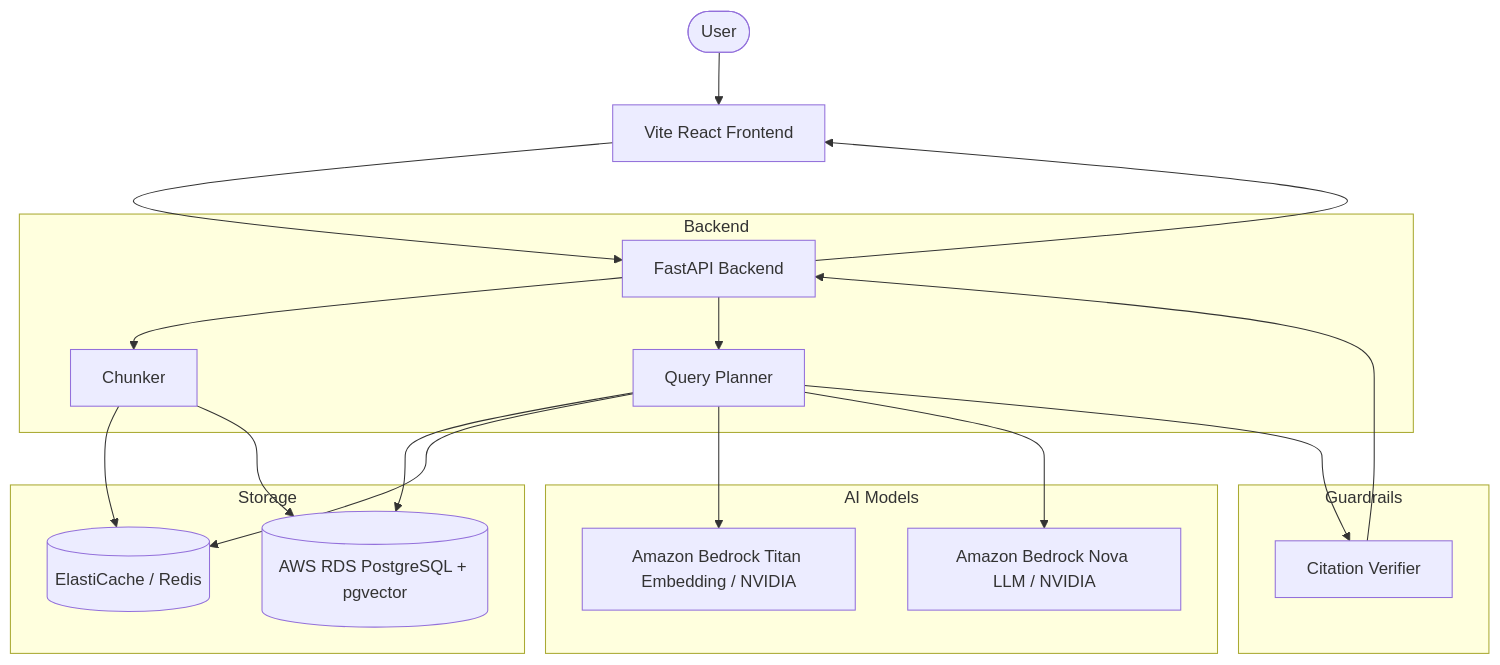
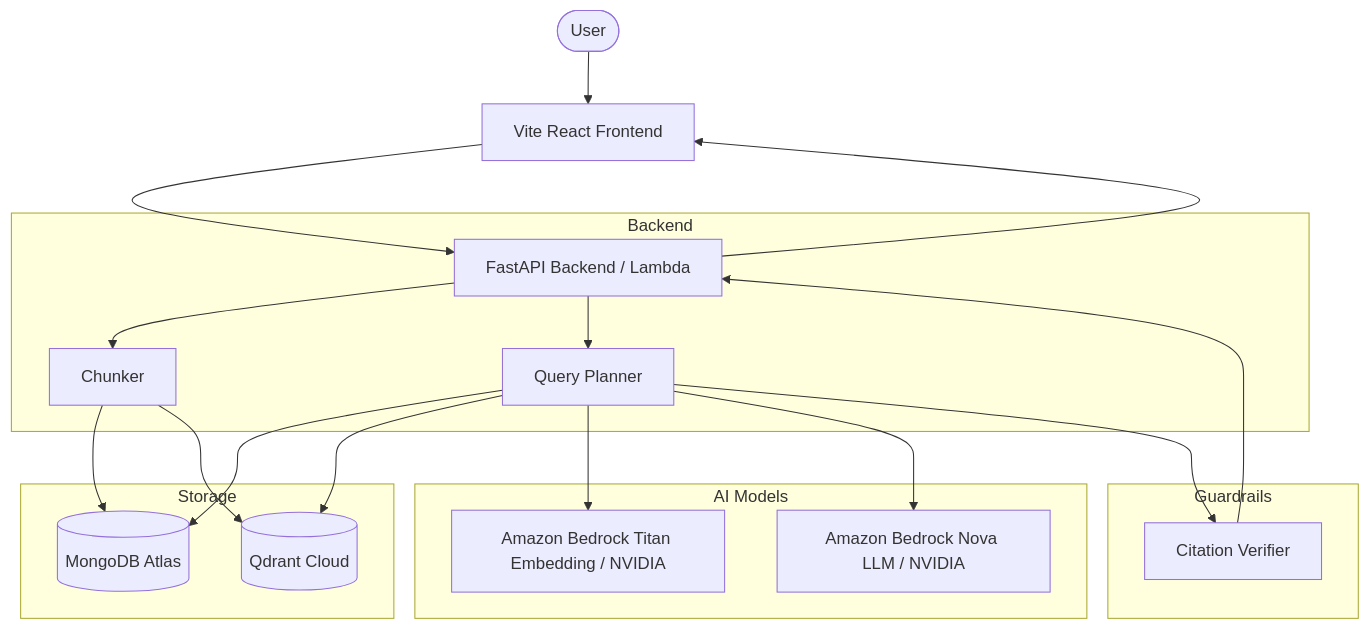
Before and after one commit to SGOD-pro/KRE-lite: the diagram in ARCHITECTURE.md, drawn with Mermaid. The commit also changed other lines of this file and 23 other files, not shown here.

````diff
--- a/ARCHITECTURE.md
+++ b/ARCHITECTURE.md
@@ -10,29 +11,29 @@
 ```mermaid
 flowchart TD
     User([User]) --> UI[Vite React Frontend]
-    UI --> API[FastAPI Backend]
+    UI --> API[FastAPI Backend / Lambda]
     
     subgraph Backend
         API --> Chunker[Chunker]
         API --> QueryPlanner[Query Planner]
     end
     
     subgraph Storage
-        Chunker --> Cache[(ElastiCache / Redis)]
-        Chunker --> DB[(AWS RDS PostgreSQL + pgvector)]
-        QueryPlanner --> DB
-        QueryPlanner --> Cache
+        Chunker --> Mongo[(MongoDB Atlas)]
+        Chunker --> Qdrant[(Qdrant Cloud)]
+        QueryPlanner --> Mongo
+        QueryPlanner --> Qdrant
     end
     
     subgraph AI Models
         QueryPlanner --> Embed[Amazon Bedrock Titan Embedding / NVIDIA]
         QueryPlanner --> LLM[Amazon Bedrock Nova LLM / NVIDIA]
     end
     
     subgraph Guardrails
         QueryPlanner --> Verifier[Citation Verifier]
     end
     
     Verifier --> API
     API --> UI
 ```
````
